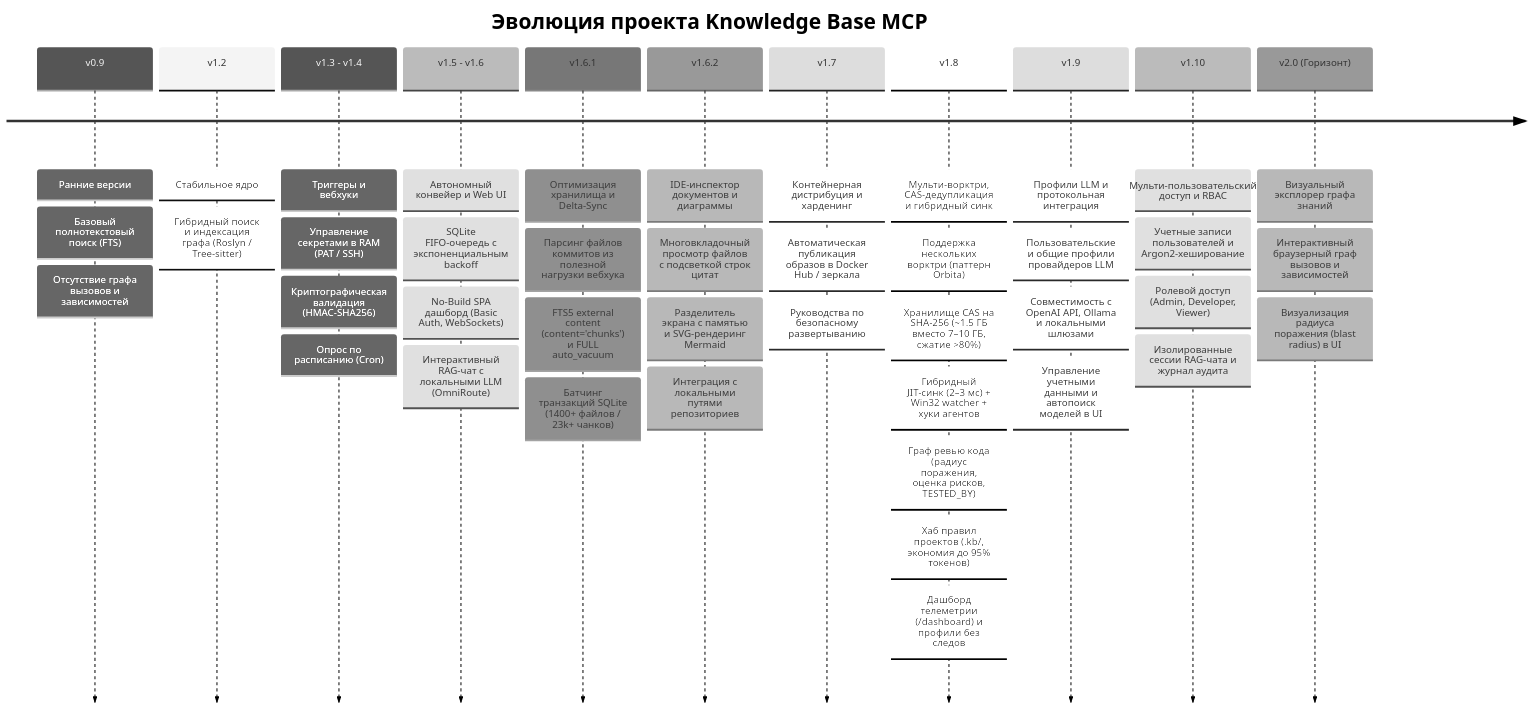
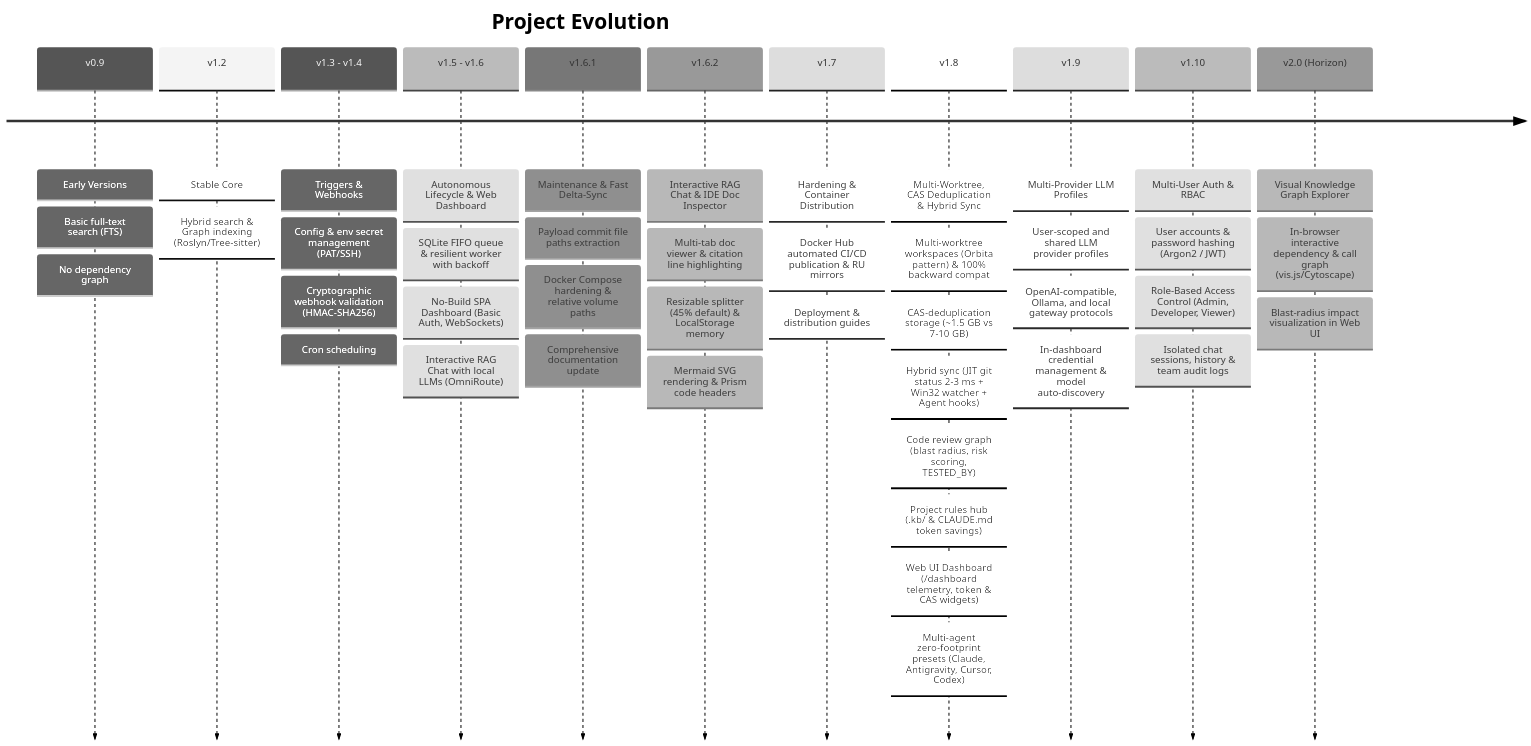
The diagram in docs/roadmap_autonomous_sync.md (PaulTheSecond/knowledgebase-mcp), drawn with Mermaid (neutral theme) before and after one commit. The commit also changed other lines of this file, not shown here.

Commit message:
docs(roadmap): restore English language with complete timeline and v1.8.0 completed status

````diff
--- a/docs/roadmap_autonomous_sync.md
+++ b/docs/roadmap_autonomous_sync.md
@@ -11,46 +11,47 @@
 ```mermaid
 timeline
-    title Эволюция проекта Knowledge Base MCP
-    v0.9 : Ранние версии
-         : Базовый полнотекстовый поиск (FTS)
-         : Отсутствие графа вызовов и зависимостей
-    v1.2 : Стабильное ядро
-         : Гибридный поиск и индексация графа (Roslyn / Tree-sitter)
-    v1.3 - v1.4 : Триггеры и вебхуки
-         : Управление секретами в RAM (PAT / SSH)
-         : Криптографическая валидация (HMAC-SHA256)
-         : Опрос по расписанию (Cron)
-    v1.5 - v1.6 : Автономный конвейер и Web UI
-         : SQLite FIFO-очередь с экспоненциальным backoff
-         : No-Build SPA дашборд (Basic Auth, WebSockets)
-         : Интерактивный RAG-чат с локальными LLM (OmniRoute)
-    v1.6.1 : Оптимизация хранилища и Delta-Sync
-         : Парсинг файлов коммитов из полезной нагрузки вебхука
-         : FTS5 external content (content='chunks') и FULL auto_vacuum
-         : Батчинг транзакций SQLite (1400+ файлов / 23k+ чанков)
-    v1.6.2 : IDE-инспектор документов и диаграммы
-         : Многовкладочный просмотр файлов с подсветкой строк цитат
-         : Разделитель экрана с памятью и SVG-рендеринг Mermaid
-         : Интеграция с локальными путями репозиториев
-    v1.7 : Контейнерная дистрибуция и харденинг
-         : Автоматическая публикация образов в Docker Hub / зеркала
-         : Руководства по безопасному развертыванию
-    v1.8 : Мульти-ворктри, CAS-дедупликация и гибридный синк
-         : Поддержка нескольких ворктри (паттерн Orbita)
-         : Хранилище CAS на SHA-256 (~1.5 ГБ вместо 7–10 ГБ, сжатие >80%)
-         : Гибридный JIT-синк (2–3 мс) + Win32 watcher + хуки агентов
-         : Граф ревью кода (радиус поражения, оценка рисков, TESTED_BY)
-         : Хаб правил проектов (.kb/, экономия до 95% токенов)
-         : Дашборд телеметрии (/dashboard) и профили без следов
-    v1.9 : Профили LLM и протокольная интеграция
-         : Пользовательские и общие профили провайдеров LLM
-         : Совместимость с OpenAI API, Ollama и локальными шлюзами
-         : Управление учетными данными и автопоиск моделей в UI
-    v1.10 : Мульти-пользовательский доступ и RBAC
-         : Учетные записи пользователей и Argon2-хеширование
-         : Ролевой доступ (Admin, Developer, Viewer)
-         : Изолированные сессии RAG-чата и журнал аудита
-    v2.0 (Горизонт) : Визуальный эксплорер графа знаний
-         : Интерактивный браузерный граф вызовов и зависимостей
-         : Визуализация радиуса поражения (blast radius) в UI
+    title Project Evolution
+    v0.9 : Early Versions
+         : Basic full-text search (FTS)
+         : No dependency graph
+    v1.2 : Stable Core
+         : Hybrid search & Graph indexing (Roslyn/Tree-sitter)
+    v1.3 - v1.4 : Triggers & Webhooks
+         : Config & env secret management (PAT/SSH)
+         : Cryptographic webhook validation (HMAC-SHA256)
+         : Cron scheduling
+    v1.5 - v1.6 : Autonomous Lifecycle & Web Dashboard
+         : SQLite FIFO queue & resilient worker with backoff
+         : No-Build SPA Dashboard (Basic Auth, WebSockets)
+         : Interactive RAG Chat with local LLMs (OmniRoute)
+    v1.6.1 : Maintenance & Fast Delta-Sync
+         : Payload commit file paths extraction
+         : Docker Compose hardening & relative volume paths
+         : Comprehensive documentation update
+    v1.6.2 : Interactive RAG Chat & IDE Doc Inspector
+         : Multi-tab doc viewer & citation line highlighting
+         : Resizable splitter (45% default) & LocalStorage memory
+         : Mermaid SVG rendering & Prism code headers
+    v1.7 : Hardening & Container Distribution
+         : Docker Hub automated CI/CD publication & RU mirrors
+         : Deployment & distribution guides
+    v1.8 : Multi-Worktree, CAS Deduplication & Hybrid Sync
+         : Multi-worktree workspaces (Orbita pattern) & 100% backward compat
+         : CAS-deduplication storage (~1.5 GB vs 7-10 GB)
+         : Hybrid sync (JIT git status 2-3 ms + Win32 watcher + Agent hooks)
+         : Code review graph (blast radius, risk scoring, TESTED_BY)
+         : Project rules hub (.kb/ & CLAUDE.md token savings)
+         : Web UI Dashboard (/dashboard telemetry, token & CAS widgets)
+         : Multi-agent zero-footprint presets (Claude, Antigravity, Cursor, Codex)
+    v1.9 : Multi-Provider LLM Profiles
+         : User-scoped and shared LLM provider profiles
+         : OpenAI-compatible, Ollama, and local gateway protocols
+         : In-dashboard credential management & model auto-discovery
+    v1.10 : Multi-User Auth & RBAC
+         : User accounts & password hashing (Argon2 / JWT)
+         : Role-Based Access Control (Admin, Developer, Viewer)
+         : Isolated chat sessions, history & team audit logs
+    v2.0 (Horizon) : Visual Knowledge Graph Explorer
+         : In-browser interactive dependency & call graph (vis.js/Cytoscape)
+         : Blast-radius impact visualization in Web UI
 ```
````
